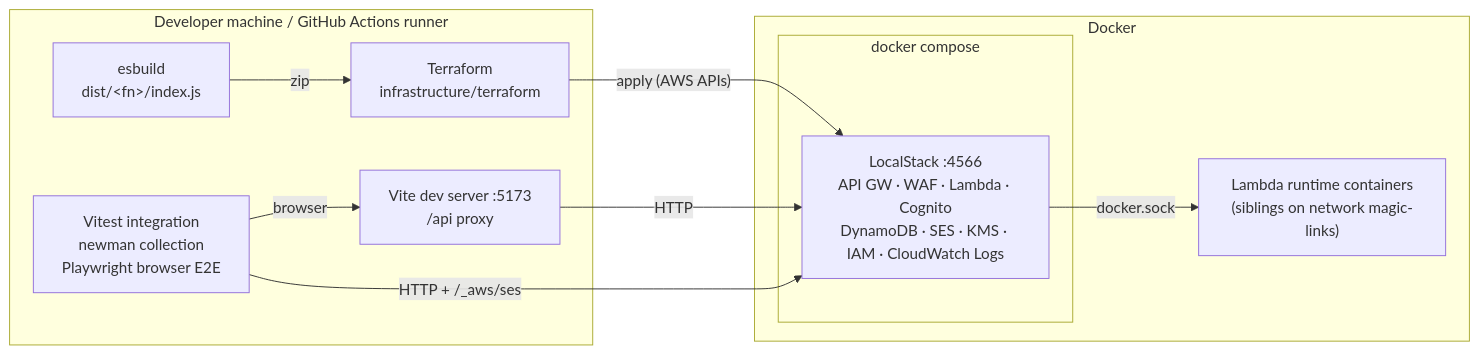
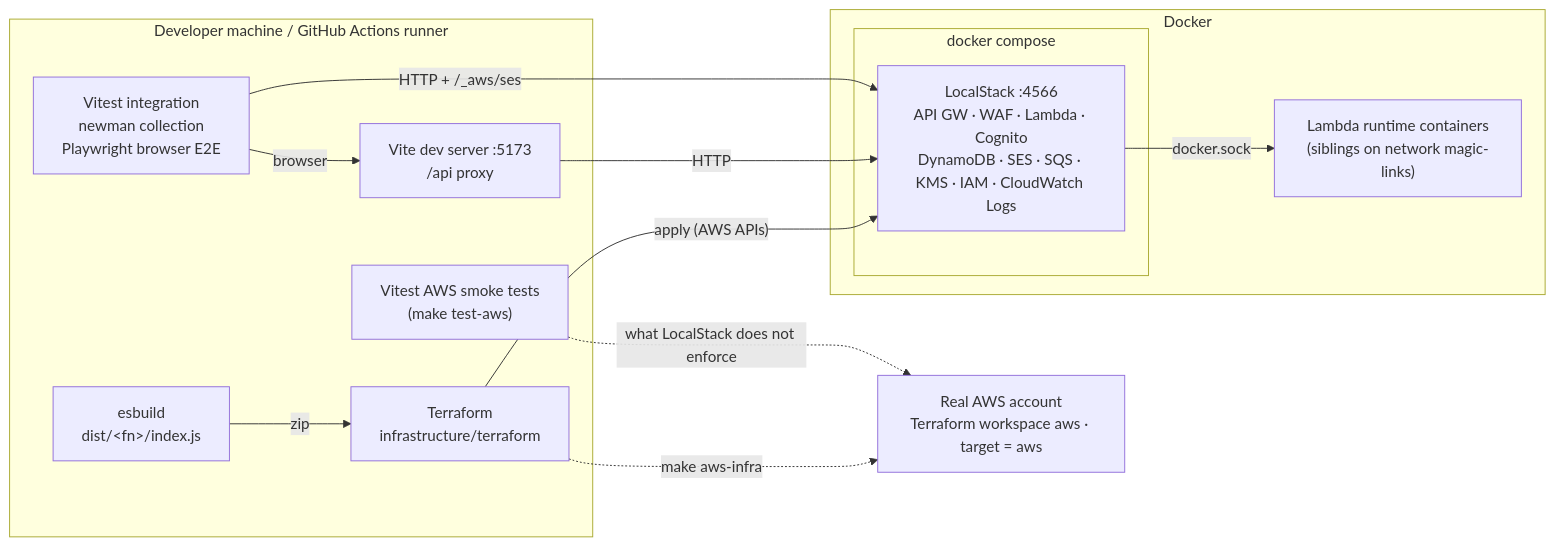
Before and after one commit to luizcurti/magic-links-with-amazon-cognito: the diagram in docs/mmd/deployment.mmd, drawn with Mermaid. The commit also changed 61 other files, not shown here.

```diff
--- a/docs/mmd/deployment.mmd
+++ b/docs/mmd/deployment.mmd
@@ -1,21 +1,26 @@
 flowchart LR
     subgraph Dev["Developer machine / GitHub Actions runner"]
         TF["Terraform<br/>infrastructure/terraform"]
         ESB["esbuild<br/>dist/&lt;fn&gt;/index.js"]
         VITE["Vite dev server :5173<br/>/api proxy"]
         TESTS["Vitest integration<br/>newman collection<br/>Playwright browser E2E"]
+        SMOKE["Vitest AWS smoke tests<br/>(make test-aws)"]
     end
+
+    AWS["Real AWS account<br/>Terraform workspace aws · target = aws"]
 
     subgraph Docker["Docker"]
         subgraph Compose["docker compose"]
-            LS["LocalStack :4566<br/>API GW · WAF · Lambda · Cognito<br/>DynamoDB · SES · KMS · IAM · CloudWatch Logs"]
+            LS["LocalStack :4566<br/>API GW · WAF · Lambda · Cognito<br/>DynamoDB · SES · SQS · KMS · IAM · CloudWatch Logs"]
         end
         FN["Lambda runtime containers<br/>(siblings on network magic-links)"]
     end
 
     ESB -- "zip" --> TF
     TF -- "apply (AWS APIs)" --> LS
     LS -- "docker.sock" --> FN
     VITE -- "HTTP" --> LS
     TESTS -- "HTTP + /_aws/ses" --> LS
     TESTS -- "browser" --> VITE
+    TF -. "make aws-infra" .-> AWS
+    SMOKE -. "what LocalStack does not enforce" .-> AWS
```
